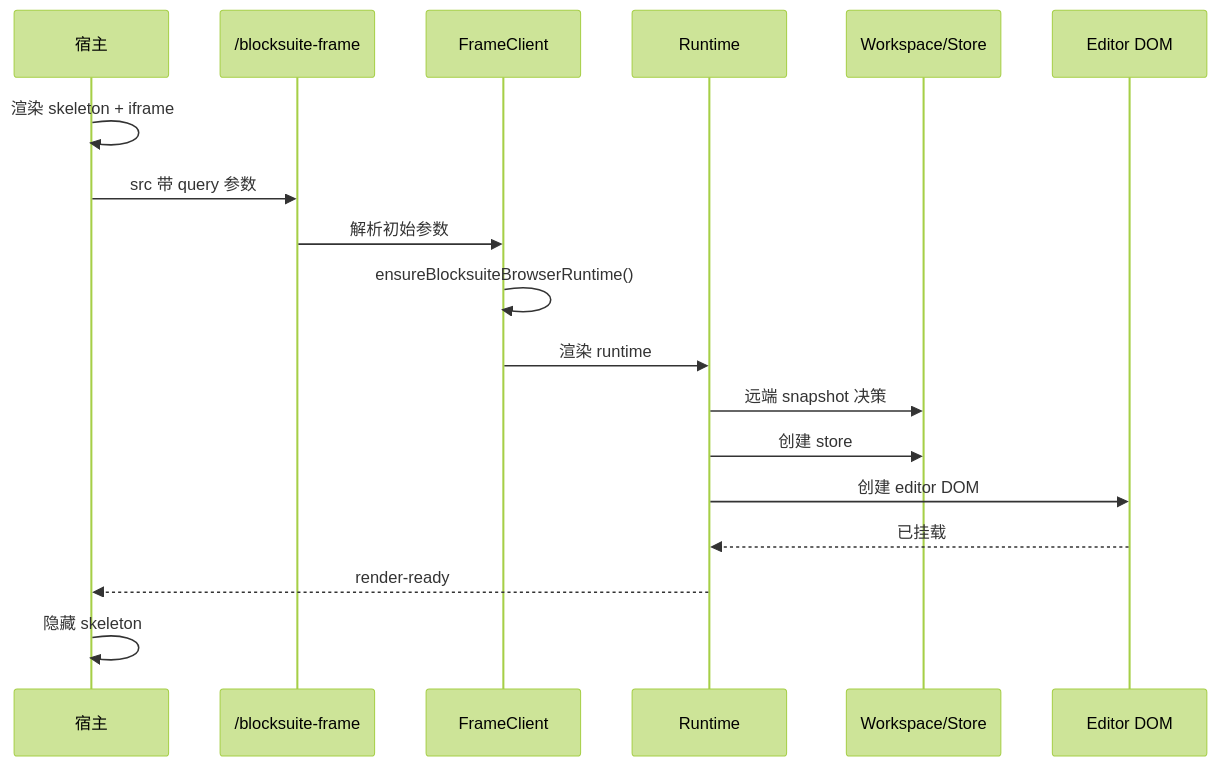
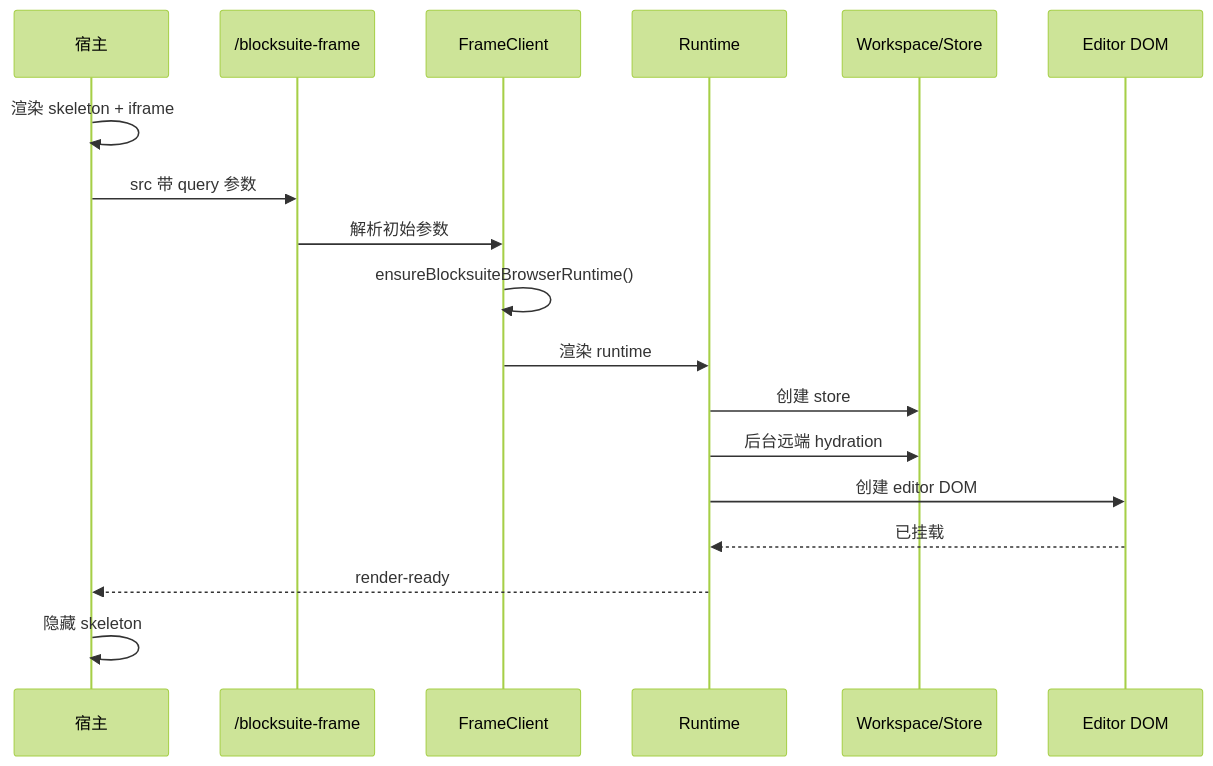
Before and after one commit to starrybamboo/tuan-chat-web: the diagram in app/components/chat/infra/blocksuite/doc/guide/02-first-screen-rendering.md, drawn with Mermaid (forest theme). The commit also changed other lines of this file and 3 other files, not shown here.

Commit message:
refactor blocksuite startup hydration flow

````diff
--- a/app/components/chat/infra/blocksuite/doc/guide/02-first-screen-rendering.md
+++ b/app/components/chat/infra/blocksuite/doc/guide/02-first-screen-rendering.md
@@ -16,21 +16,21 @@
 ```mermaid
 sequenceDiagram
     participant Host as 宿主
     participant Frame as /blocksuite-frame
     participant Route as FrameClient
     participant Runtime as Runtime
     participant Workspace as Workspace/Store
     participant Editor as Editor DOM
 
     Host->>Host: 渲染 skeleton + iframe
     Host->>Frame: src 带 query 参数
     Frame->>Route: 解析初始参数
     Route->>Route: ensureBlocksuiteBrowserRuntime()
     Route->>Runtime: 渲染 runtime
-    Runtime->>Workspace: 远端 snapshot 决策
     Runtime->>Workspace: 创建 store
+    Runtime->>Workspace: 后台远端 hydration
     Runtime->>Editor: 创建 editor DOM
     Editor-->>Runtime: 已挂载
     Runtime-->>Host: render-ready
     Host->>Host: 隐藏 skeleton
 ```
````
